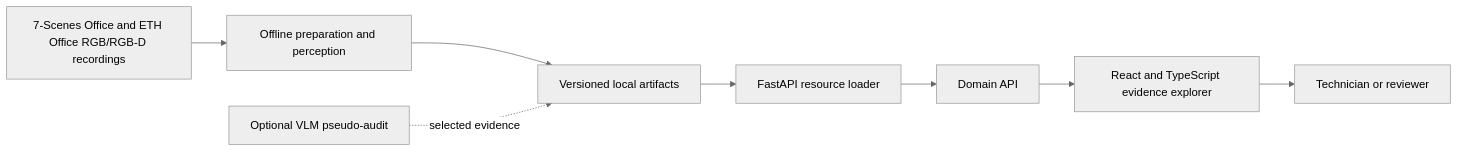
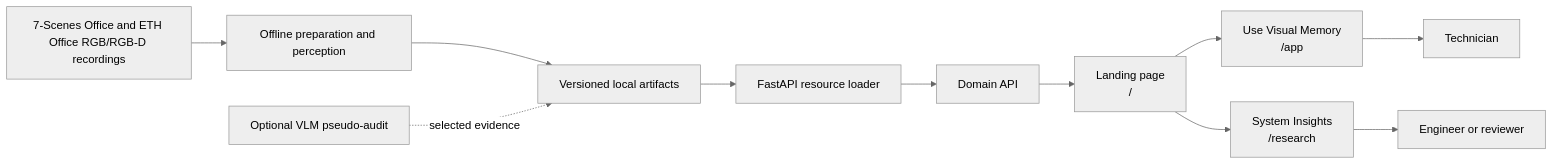
One commit to madhavpr191221/visual-memory-lab changed the first of 2 diagrams in docs/system_design_and_architecture.md. Above: the diagram before and after it, drawn with Mermaid (neutral theme). The commit also changed other lines of this file and 5 other files, not shown here.

````diff
--- a/docs/system_design_and_architecture.md
+++ b/docs/system_design_and_architecture.md
@@ -19,14 +19,20 @@
 ```mermaid
 flowchart LR
     D[7-Scenes Office and ETH Office RGB/RGB-D recordings]
     P[Offline preparation and perception]
     A[Versioned local artifacts]
     F[FastAPI resource loader]
     API[Domain API]
-    UI[React and TypeScript evidence explorer]
-    U[Technician or reviewer]
+    L[Landing page\n/]
+    APP[Use Visual Memory\n/app]
+    INS[System Insights\n/research]
+    T[Technician]
+    R[Engineer or reviewer]
     V[Optional VLM pseudo-audit]
 
-    D --> P --> A --> F --> API --> UI --> U
+    D --> P --> A --> F --> API
+    API --> L
+    L --> APP --> T
+    L --> INS --> R
     V -. selected evidence .-> A
 ```
````
